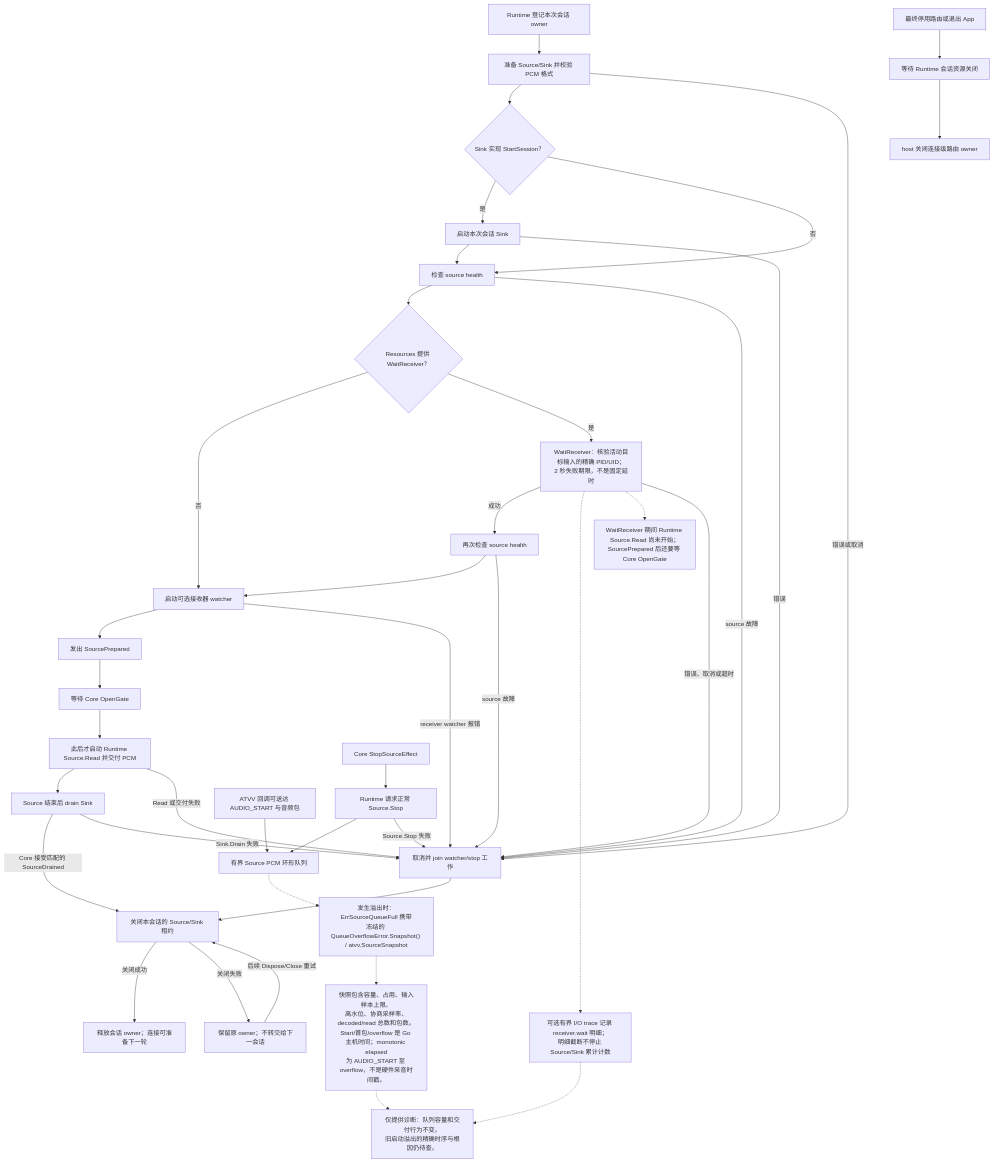
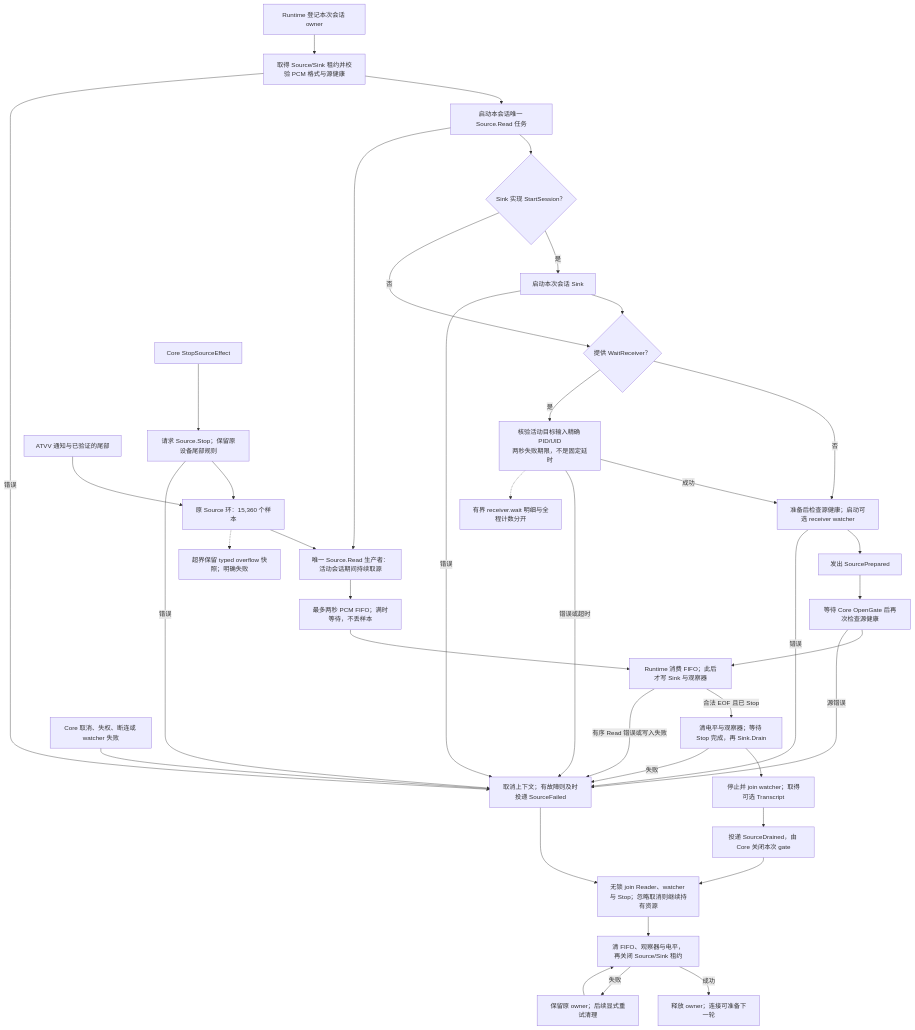
One commit to daftAI2026/MiMac changed the diagram in tools/workbench/diagrams/resource-preparation-cleanup.mmd. Above: the diagram before and after it, drawn with Mermaid. The commit also changed 16 other files, not shown here.

First line of the commit message:
fix: keep reading audio while receivers prepare

```diff
--- a/tools/workbench/diagrams/resource-preparation-cleanup.mmd
+++ b/tools/workbench/diagrams/resource-preparation-cleanup.mmd
@@ -1,42 +1,40 @@
 flowchart TD
-    owner["Runtime 登记本次会话 owner"] --> prepare["准备 Source/Sink 并校验 PCM 格式"]
-    prepare --> sessionSink{"Sink 实现 StartSession？"}
+    owner["Runtime 登记本次会话 owner"] --> prepare["取得 Source/Sink 租约并校验 PCM 格式与源健康"]
+    prepare --> readerStart["启动本会话唯一 Source.Read 任务"]
+    readerStart --> sessionSink{"Sink 实现 StartSession？"}
     sessionSink -->|是| startSink["启动本次会话 Sink"]
-    sessionSink -->|否| health
-    startSink --> health["检查 source health"]
-    health --> receiverCheck{"Resources 提供 WaitReceiver？"}
-    receiverCheck -->|否| watch
-    receiverCheck -->|是| wait["WaitReceiver：核验活动目标输入的精确 PID/UID；\n2 秒失败期限，不是固定延时"]
-    wait -->|成功| healthAfter["再次检查 source health"]
-    healthAfter --> watch["启动可选接收器 watcher"]
-    watch --> publish["发出 SourcePrepared"]
-    publish --> gate["等待 Core OpenGate"]
-    gate --> read["此后才启动 Runtime Source.Read 并交付 PCM"]
-    stop["Core StopSourceEffect"] --> sourceStop["Runtime 请求正常 Source.Stop"]
+    sessionSink -->|否| receiverCheck
+    startSink --> receiverCheck{"提供 WaitReceiver？"}
+    receiverCheck -->|否| healthAfter
+    receiverCheck -->|是| wait["核验活动目标输入精确 PID/UID\n两秒失败期限，不是固定延时"]
+    wait -->|成功| healthAfter["准备后检查源健康；启动可选 receiver watcher"]
+    healthAfter --> publish["发出 SourcePrepared"]
+    publish --> gate["等待 Core OpenGate 后再次检查源健康"]
+    gate --> consumer["Runtime 消费 FIFO；此后才写 Sink 与观察器"]
+    atvv["ATVV 通知与已验证的尾部"] --> sourceQueue["原 Source 环：15,360 个样本"]
+    sourceQueue --> reader["唯一 Source.Read 生产者：活动会话期间持续取源"]
+    readerStart --> reader
+    reader --> fifo["最多两秒 PCM FIFO；满时等待，不丢样本"]
+    fifo --> consumer
+    stop["Core StopSourceEffect"] --> sourceStop["请求 Source.Stop；保留原设备尾部规则"]
     sourceStop --> sourceQueue
-    read --> eof["Source 结束后 drain Sink"]
-    eof -->|Core 接受匹配的 SourceDrained| cleanup["关闭本会话的 Source/Sink 租约"]
-
-    atvv["ATVV 回调可送达 AUDIO_START 与音频包"] --> sourceQueue["有界 Source PCM 环形队列"]
-    sourceQueue -.-> overflow["发生溢出时：ErrSourceQueueFull 携带\n冻结的 QueueOverflowError.Snapshot() / atvv.SourceSnapshot"]
-    overflow -.-> snapshot["快照包含容量、占用、输入样本上限、\n高水位、协商采样率、decoded/read 总数和包数。\nStart/首包/overflow 是 Go 主机时间；monotonic elapsed\n为 AUDIO_START 至 overflow，不是硬件采音时间戳。"]
-    wait -.-> trace["可选有界 I/O trace 记录 receiver.wait 明细；\n明细截断不停止 Source/Sink 累计计数"]
-    wait -.-> waitBoundary["WaitReceiver 期间 Runtime Source.Read 尚未开始；\nSourcePrepared 后还要等 Core OpenGate"]
-    snapshot -.-> boundary["仅提供诊断：队列容量和交付行为不变。\n旧启动溢出的精确时序与根因仍待查。"]
-    trace -.-> boundary
-
-    prepare -->|错误或取消| fail["取消并 join watcher/stop 工作"]
+    consumer -->|合法 EOF 且已 Stop| drain["清电平与观察器；等待 Stop 完成，再 Sink.Drain"]
+    drain --> result["停止并 join watcher；取得可选 Transcript"]
+    result --> drained["投递 SourceDrained，由 Core 关闭本次 gate"]
+    drained --> join
+    prepare -->|错误| fail
     startSink -->|错误| fail
-    health -->|source 故障| fail
-    wait -->|错误、取消或超时| fail
-    healthAfter -->|source 故障| fail
-    watch -->|receiver watcher 报错| fail
-    sourceStop -->|Source.Stop 失败| fail
-    read -->|Read 或交付失败| fail
-    eof -->|Sink.Drain 失败| fail
-    fail --> cleanup
-    cleanup -->|关闭成功| released["释放会话 owner；连接可准备下一轮"]
-    cleanup -->|关闭失败| retained["保留原 owner；不转交给下一会话"]
-    retained -->|后续 Dispose/Close 重试| cleanup
-    quit["最终停用路由或退出 App"] --> runtimeClosed["等待 Runtime 会话资源关闭"]
-    runtimeClosed --> routeClosed["host 关闭连接级路由 owner"]
+    wait -->|错误或超时| fail
+    healthAfter -->|错误| fail
+    gate -->|源错误| fail
+    consumer -->|有序 Read 错误或写入失败| fail
+    sourceStop -->|错误| fail
+    drain -->|失败| fail
+    cancel["Core 取消、失权、断连或 watcher 失败"] --> fail["取消上下文；有故障则及时投递 SourceFailed"]
+    fail --> join["无锁 join Reader、watcher 与 Stop；忽略取消则继续持有资源"]
+    join --> cleanup["清 FIFO、观察器与电平，再关闭 Source/Sink 租约"]
+    cleanup -->|成功| released["释放 owner；连接可准备下一轮"]
+    cleanup -->|失败| retained["保留原 owner；后续显式重试清理"]
+    retained --> cleanup
+    sourceQueue -.-> overflow["超界保留 typed overflow 快照；明确失败"]
+    wait -.-> trace["有界 receiver.wait 明细与全程计数分开"]
```
